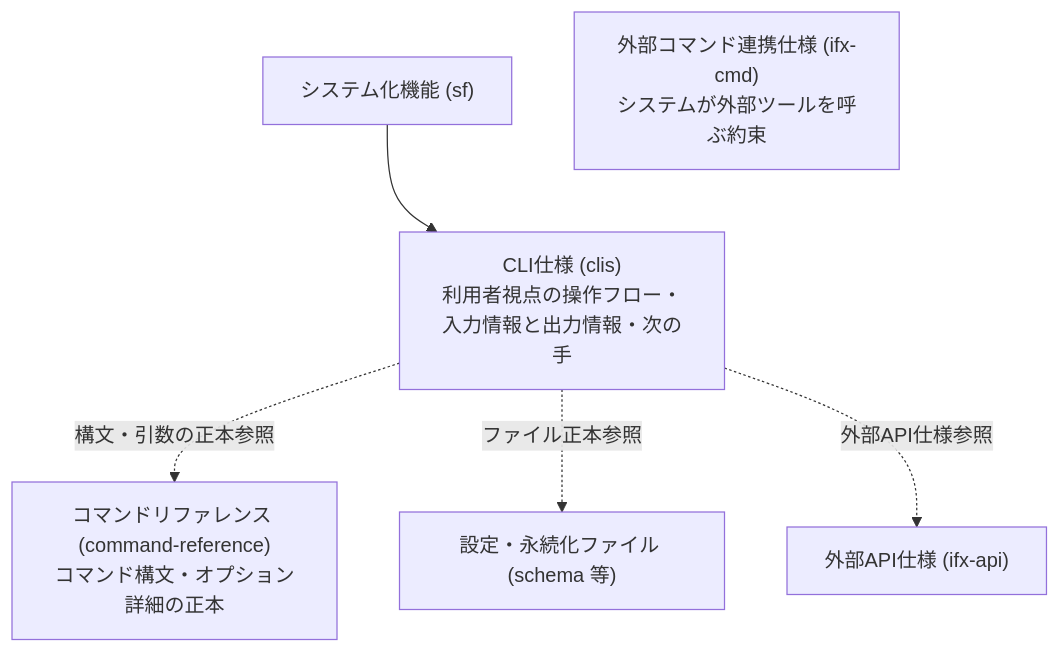
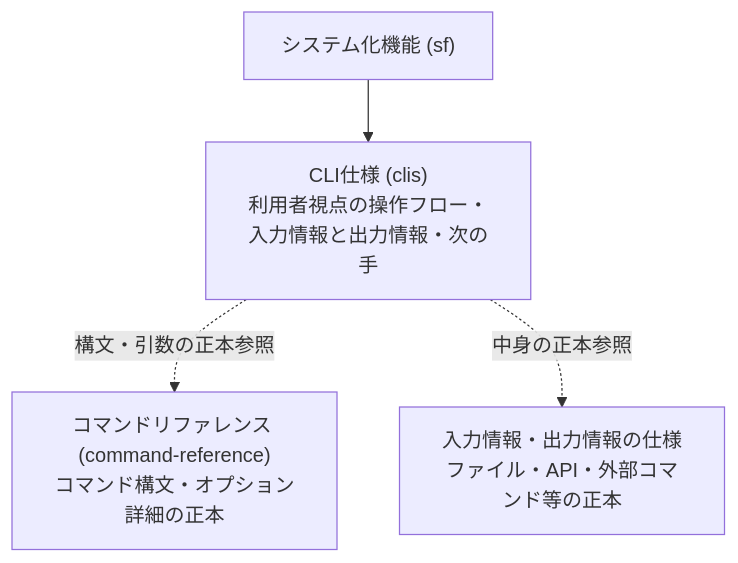
Before and after one commit to specdojo/specdojo: the diagram in docs/ja/specdojo/rulebooks/clis-rulebook.md, drawn with Mermaid. The commit also changed other lines of this file and 6 other files, not shown here.

Commit message:
exec(register PJR-1D1X): CLI 仕様（clis）の図を単純にし、自システムの API と外部コマンドの参照先を足す

````diff
--- a/docs/ja/specdojo/rulebooks/clis-rulebook.md
+++ b/docs/ja/specdojo/rulebooks/clis-rulebook.md
@@ -51,8 +51,6 @@
 ```mermaid
 graph TD
     SF["システム化機能 (sf)"] --> CLIS["CLI仕様 (clis)<br/>利用者視点の操作フロー・入力情報と出力情報・次の手"]
     CLIS -.->|"構文・引数の正本参照"| CMDREF["コマンドリファレンス (command-reference)<br/>コマンド構文・オプション詳細の正本"]
-    CLIS -.->|"ファイル正本参照"| FILE["設定・永続化ファイル (schema 等)"]
-    CLIS -.->|"外部API仕様参照"| API["外部API仕様 (ifx-api)"]
-    IFX["外部コマンド連携仕様 (ifx-cmd)<br/>システムが外部ツールを呼ぶ約束"] ~~~ CLIS
+    CLIS -.->|"中身の正本参照"| IOSPEC["入力情報・出力情報の仕様<br/>ファイル・API・外部コマンド等の正本"]
 ```
````
